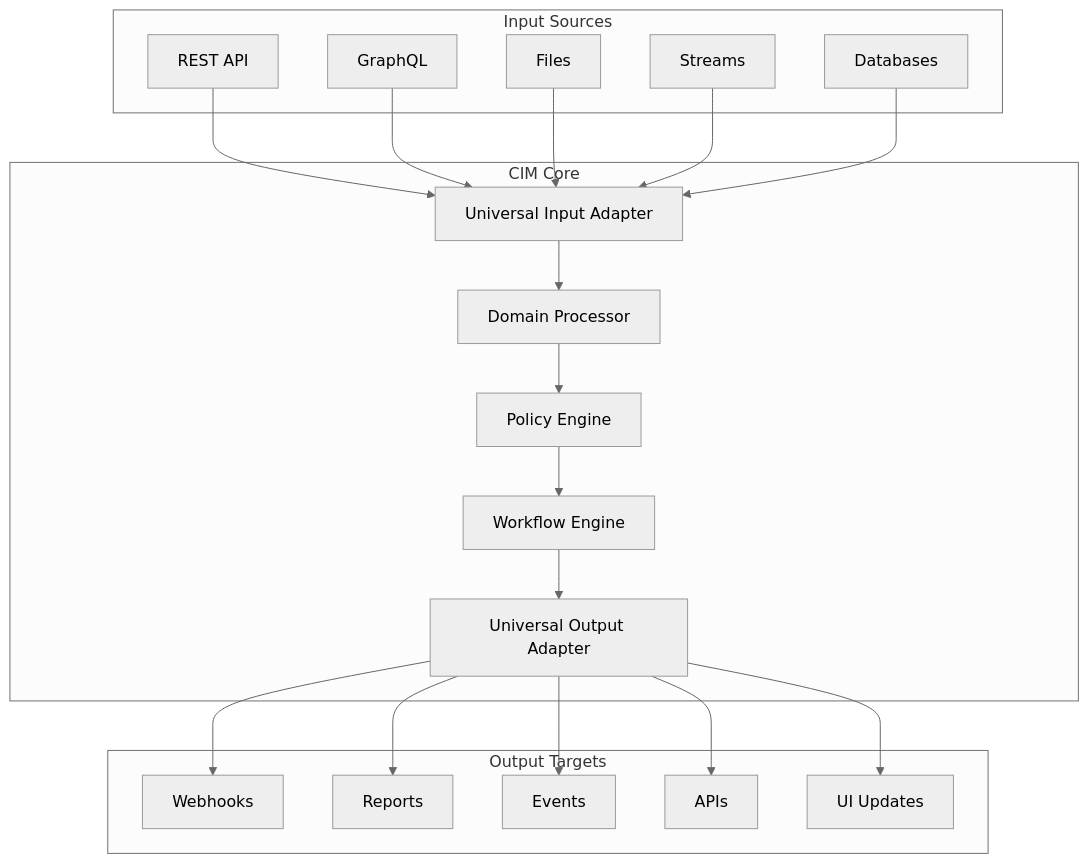
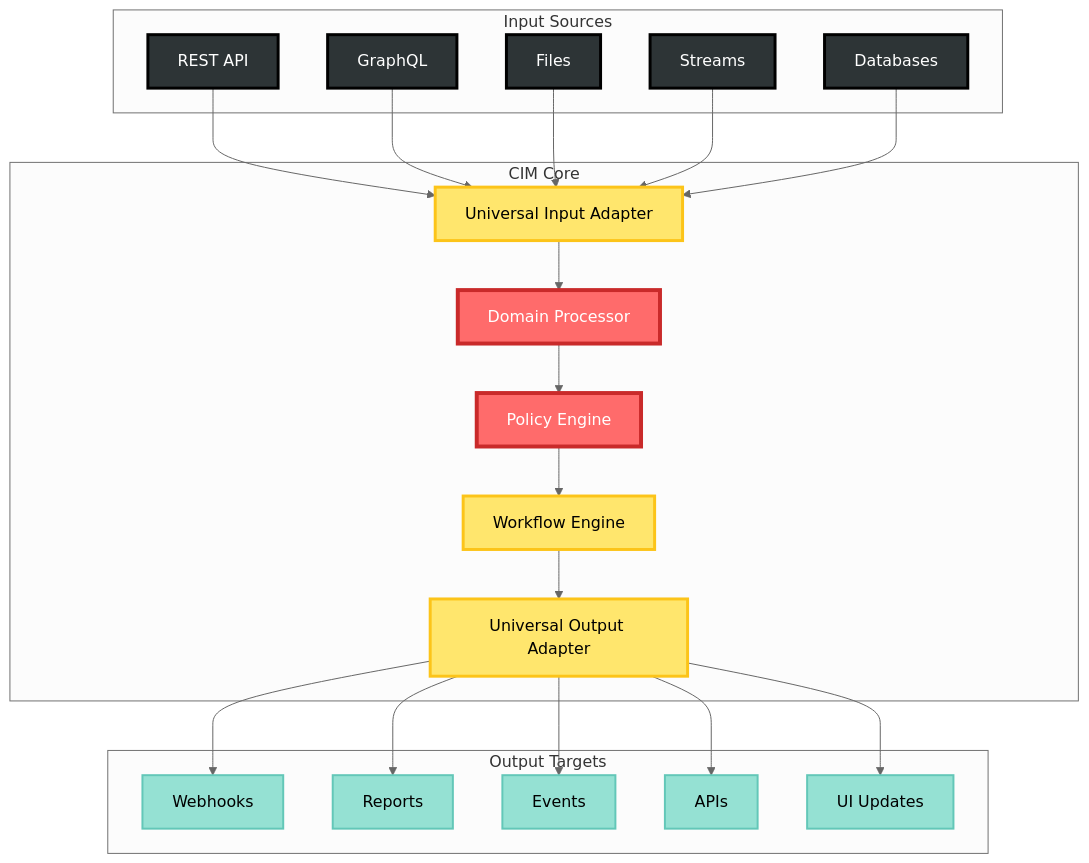
One commit to TheCowboyAI/cim changed the fifth of 8 diagrams in readme.md. Above: the diagram before and after it, drawn with Mermaid (neutral theme). The commit also changed other lines of this file and 12 other files, not shown here.

````diff
--- a/readme.md
+++ b/readme.md
@@ -169,43 +215,60 @@
 ```mermaid
 graph TB
     subgraph "Input Sources"
         A1[REST API]
         A2[GraphQL]
         A3[Files]
         A4[Streams]
         A5[Databases]
     end
     
     subgraph "CIM Core"
         B[Universal Input Adapter]
         C[Domain Processor]
         D[Policy Engine]
         E[Workflow Engine]
         F[Universal Output Adapter]
         
         B --> C
         C --> D
         D --> E
         E --> F
     end
     
     subgraph "Output Targets"
         G1[Webhooks]
         G2[Reports]
         G3[Events]
         G4[APIs]
         G5[UI Updates]
     end
     
     A1 --> B
     A2 --> B
     A3 --> B
     A4 --> B
     A5 --> B
     
     F --> G1
     F --> G2
     F --> G3
     F --> G4
     F --> G5
+    
+    %% Styling - input/process/output flow
+    style A1 fill:#2D3436,stroke:#000,stroke-width:3px,color:#FFF
+    style A2 fill:#2D3436,stroke:#000,stroke-width:3px,color:#FFF
+    style A3 fill:#2D3436,stroke:#000,stroke-width:3px,color:#FFF
+    style A4 fill:#2D3436,stroke:#000,stroke-width:3px,color:#FFF
+    style A5 fill:#2D3436,stroke:#000,stroke-width:3px,color:#FFF
+    style B fill:#FFE66D,stroke:#FCC419,stroke-width:3px,color:#000
+    style C fill:#FF6B6B,stroke:#C92A2A,stroke-width:4px,color:#FFF
+    style D fill:#FF6B6B,stroke:#C92A2A,stroke-width:4px,color:#FFF
+    style E fill:#FFE66D,stroke:#FCC419,stroke-width:3px,color:#000
+    style F fill:#FFE66D,stroke:#FCC419,stroke-width:3px,color:#000
+    style G1 fill:#95E1D3,stroke:#63C7B8,stroke-width:2px,color:#000
+    style G2 fill:#95E1D3,stroke:#63C7B8,stroke-width:2px,color:#000
+    style G3 fill:#95E1D3,stroke:#63C7B8,stroke-width:2px,color:#000
+    style G4 fill:#95E1D3,stroke:#63C7B8,stroke-width:2px,color:#000
+    style G5 fill:#95E1D3,stroke:#63C7B8,stroke-width:2px,color:#000
 ```
````
